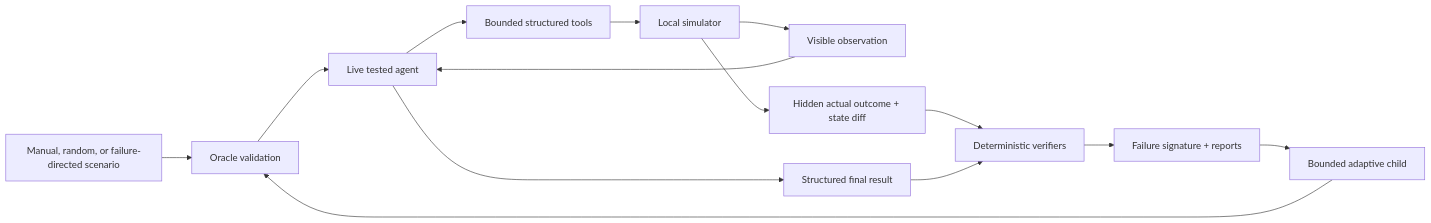
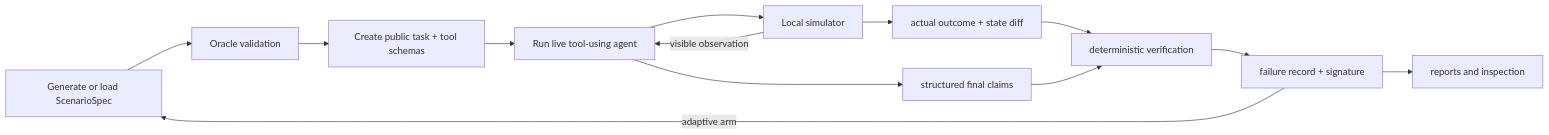
The diagram in README.md (YashDThapliyal/EvalForge), drawn with Mermaid before and after one commit. The commit also changed other lines of this file, not shown here.

````diff
--- a/README.md
+++ b/README.md
@@ -21,16 +154,15 @@
 ```mermaid
 flowchart LR
-    S["Manual, random, or failure-directed scenario"] --> V["Oracle validation"]
-    V --> A["Live tested agent"]
-    A --> T["Bounded structured tools"]
-    T --> E["Local simulator"]
-    E --> O["Visible observation"]
-    O --> A
-    E --> H["Hidden actual outcome + state diff"]
-    A --> F["Structured final result"]
-    H --> D["Deterministic verifiers"]
-    F --> D
-    D --> R["Failure signature + reports"]
-    R --> C["Bounded adaptive child"]
-    C --> V
+    G["Generate or load ScenarioSpec"] --> V["Oracle validation"]
+    V --> P["Create public task + tool schemas"]
+    P --> A["Run live tool-using agent"]
+    A --> S["Local simulator"]
+    S -->|"visible observation"| A
+    S --> T["actual outcome + state diff"]
+    A --> C["structured final claims"]
+    T --> D["deterministic verification"]
+    C --> D
+    D --> F["failure record + signature"]
+    F --> R["reports and inspection"]
+    F -->|"adaptive arm"| G
 ```
````
